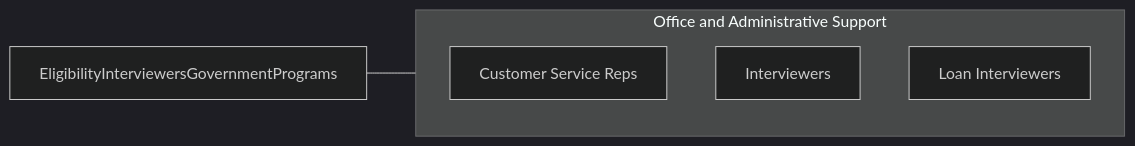
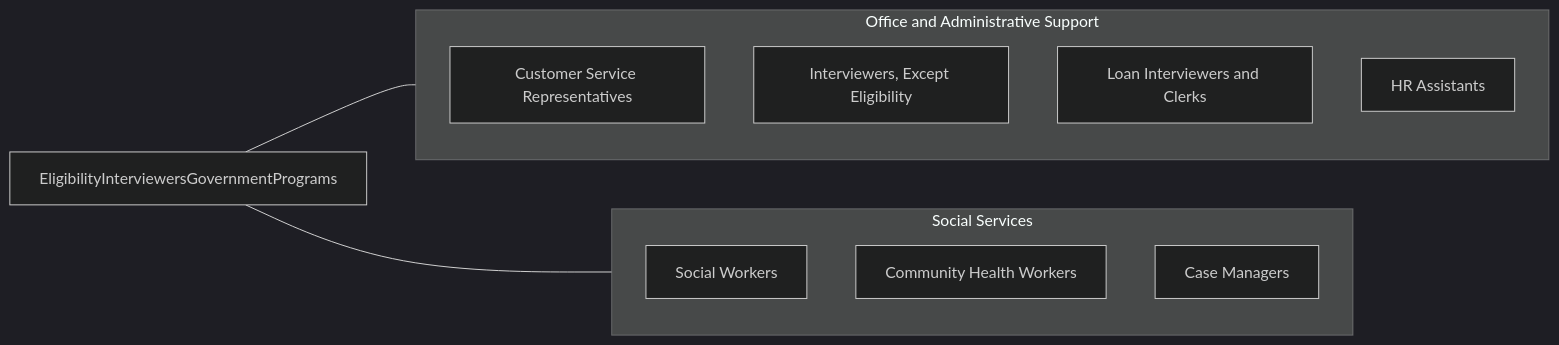
The fourth of 4 diagrams in occupations/Administrative/EligibilityInterviewersGovernmentPrograms.mdx (kziemski/business.org.ai), drawn with Mermaid (dark theme) before and after one commit. The commit also changed other lines of this file and 19 other files, not shown here.

````diff
--- a/occupations/Administrative/EligibilityInterviewersGovernmentPrograms.mdx
+++ b/occupations/Administrative/EligibilityInterviewersGovernmentPrograms.mdx
@@ -102,10 +214,20 @@
 ```mermaid
 graph LR
     Current["EligibilityInterviewersGovernmentPrograms"]
+
     subgraph SameCategory["Office and Administrative Support"]
-        RCustomerServiceReps["Customer Service Reps"]
-        RInterviewers["Interviewers"]
-        RLoanInterviewers["Loan Interviewers"]
+        CustomerServiceReps["Customer Service Representatives"]
+        Interviewers["Interviewers, Except Eligibility"]
+        LoanInterviewers["Loan Interviewers and Clerks"]
+        HRAssistants["HR Assistants"]
     end
+
+    subgraph CrossFunctional["Social Services"]
+        SocialWorkers["Social Workers"]
+        CommunityWorkers["Community Health Workers"]
+        CaseManagers["Case Managers"]
+    end
+
     Current --- SameCategory
+    Current --- CrossFunctional
 ```
````
